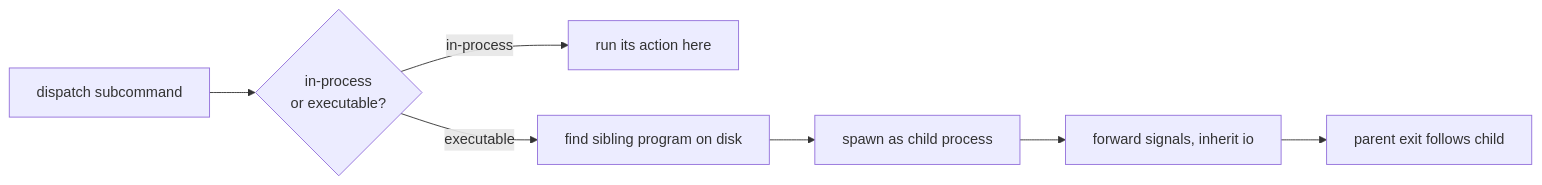
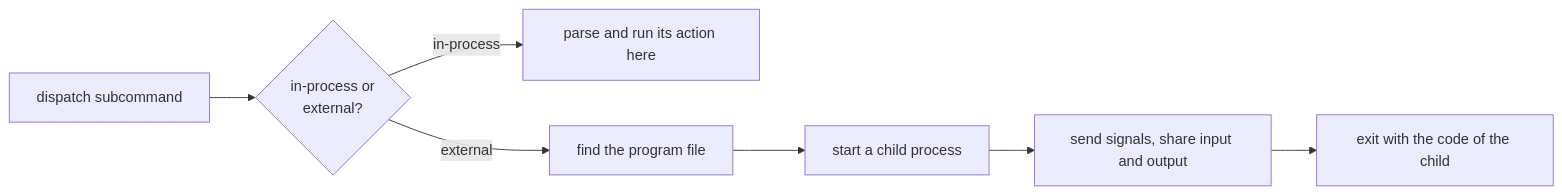
The third of 3 diagrams in docs/examples/commander/.cluedoc/command-model/README.md (KeunwooPark/cluedoc), drawn with Mermaid before and after one commit. The commit also changed other lines of this file and 22 other files, not shown here.

````diff
--- a/docs/examples/commander/.cluedoc/command-model/README.md
+++ b/docs/examples/commander/.cluedoc/command-model/README.md
@@ -59,9 +77,9 @@
 ```mermaid
 flowchart LR
-    D["dispatch subcommand"] --> Q{"in-process<br/>or executable?"}
-    Q -- in-process --> A["run its action here"]
-    Q -- executable --> B["find sibling program on disk"]
-    B --> C["spawn as child process"]
-    C --> E["forward signals, inherit io"]
-    E --> F["parent exit follows child"]
+    D["dispatch subcommand"] --> Q{"in-process or<br/>external?"}
+    Q -- in-process --> A["parse and run its action here"]
+    Q -- external --> B["find the program file"]
+    B --> C["start a child process"]
+    C --> E["send signals, share input and output"]
+    E --> F["exit with the code of the child"]
 ```
````
